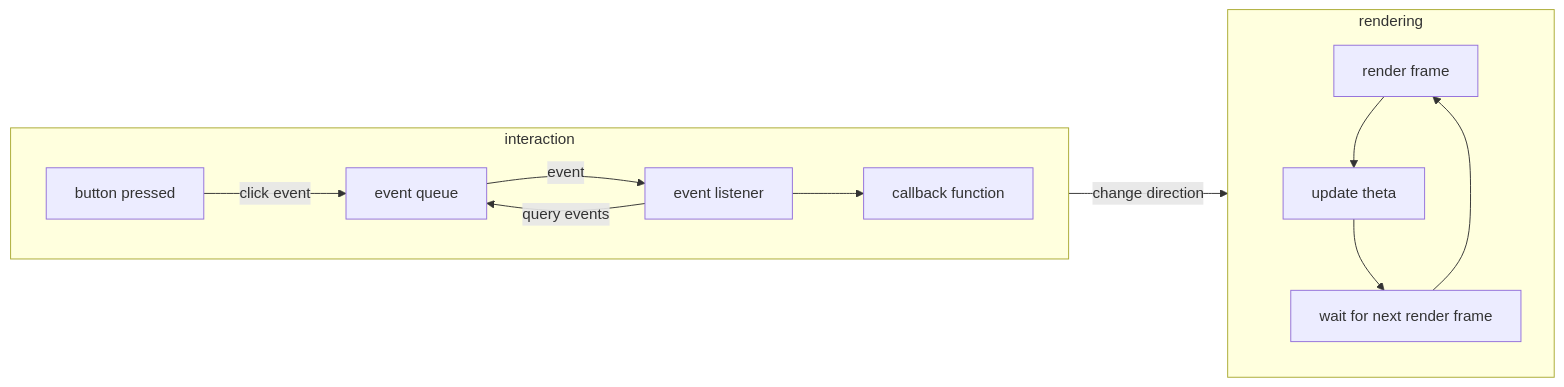
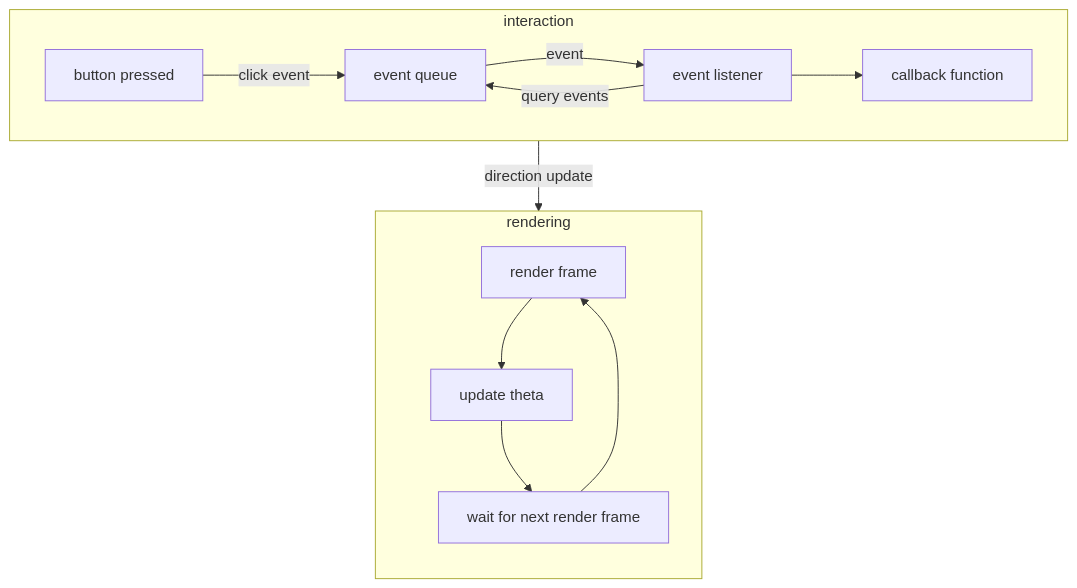
Before and after one commit to sininen-blue/2526-first-sem: the eighth of 8 diagrams in graphics-computing/6plus/day_08.md, drawn with Mermaid. The commit also changed other lines of this file, not shown here.

Commit message:
graph 8: done done

````diff
--- a/graphics-computing/6plus/day_08.md
+++ b/graphics-computing/6plus/day_08.md
@@ -385,28 +449,27 @@
 ```mermaid
-flowchart LR;
+flowchart TD;
 a[button pressed]
 b[event queue]
 c[event listener]
 d[callback function]
 
 e[render frame]
 f[update theta]
 g[wait for next render frame]
 
 subgraph interaction
     direction LR
     a --click event--> b --event--> c --> d
     c --query events --> b
 end
 
 
 subgraph rendering
     direction TB
     e --> f
     f --> g
     g --> e
 end
 
-d --change direction--> rendering
-
+interaction --direction update--> rendering
 ```
````
